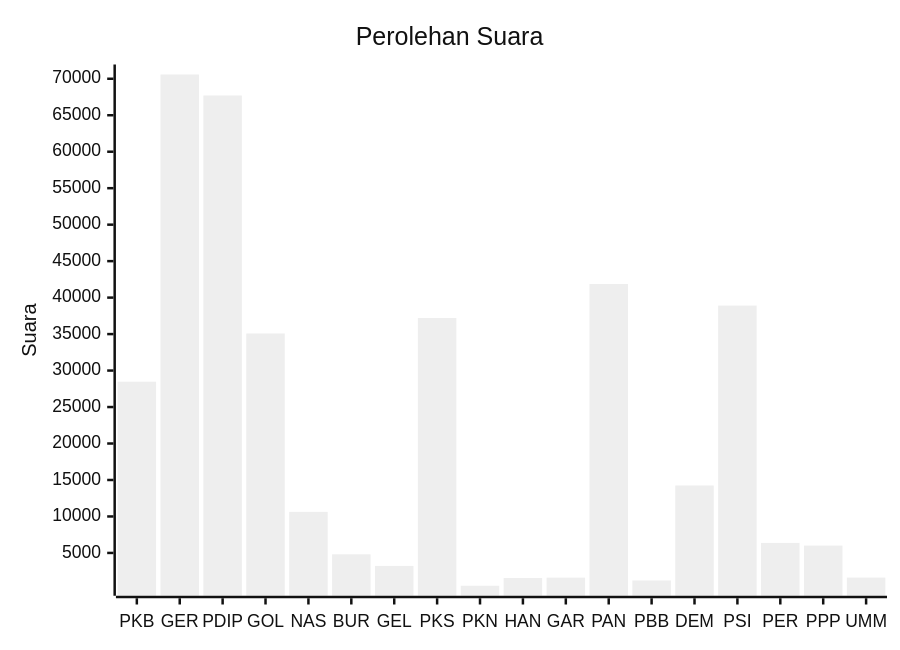
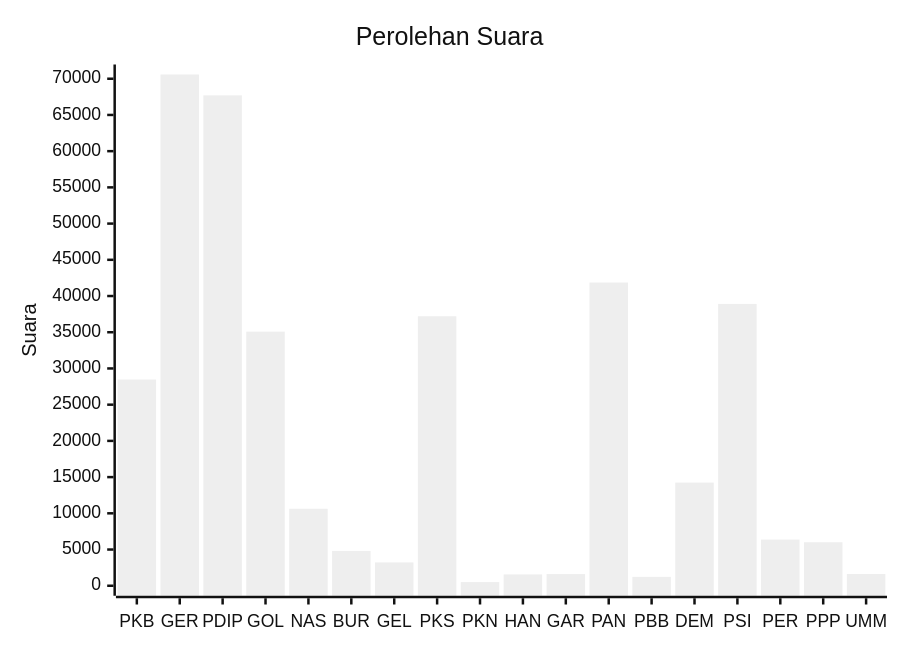
One commit to gigit-pemilu/pemilu-2024 changed the diagram in pileg-dpr/hitung-suara/sub/table-wilayah-99.md. Above: the diagram before and after it, drawn with Mermaid (neutral theme). The commit also changed 57 other files, not shown here.

````diff
--- a/pileg-dpr/hitung-suara/sub/table-wilayah-99.md
+++ b/pileg-dpr/hitung-suara/sub/table-wilayah-99.md
@@ -7,7 +7,7 @@
 ```mermaid
 xychart-beta
     title "Perolehan Suara"
     x-axis [PKB, GER, PDIP, GOL, NAS, BUR, GEL, PKS, PKN, HAN, GAR, PAN, PBB, DEM, PSI, PER, PPP, UMM]
-    y-axis "Suara"
+    y-axis "Suara" 0 --> 70584
     bar [28473, 70584, 67706, 35084, 10629, 4809, 3223, 37209, 502, 1567, 1613, 41865, 1226, 14246, 38910, 6376, 6005, 1622]
 ```
````
